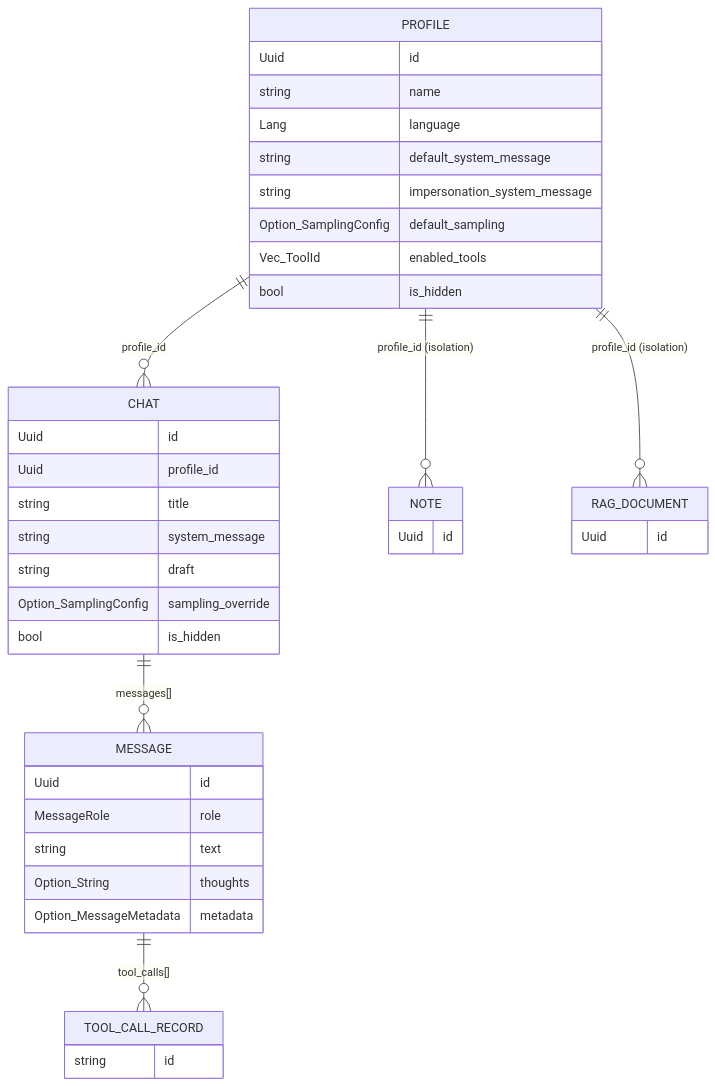
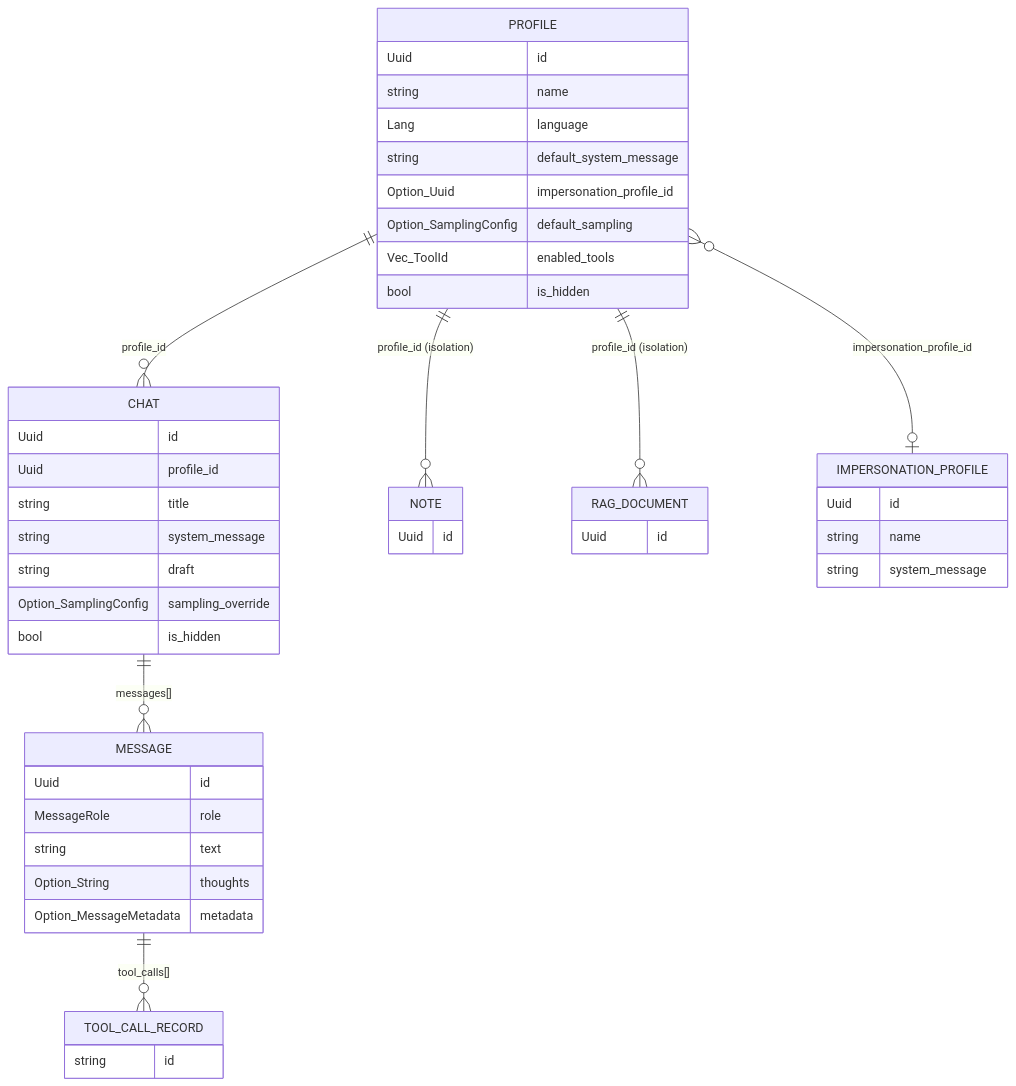
Before and after one commit to vshylov/mindfork-rs: the eighth of 17 diagrams in docs/architecture.md, drawn with Mermaid. The commit also changed other lines of this file and 21 other files, not shown here.

First line of the commit message:
feat(profiles): impersonation profiles + selectable new profile

````diff
--- a/docs/architecture.md
+++ b/docs/architecture.md
@@ -756,38 +758,44 @@
 ```mermaid
 erDiagram
     PROFILE ||--o{ CHAT : "profile_id"
     PROFILE ||--o{ NOTE : "profile_id (isolation)"
     PROFILE ||--o{ RAG_DOCUMENT : "profile_id (isolation)"
+    PROFILE }o--o| IMPERSONATION_PROFILE : "impersonation_profile_id"
     CHAT ||--o{ MESSAGE : "messages[]"
     MESSAGE ||--o{ TOOL_CALL_RECORD : "tool_calls[]"
 
     PROFILE {
         Uuid id
         string name
         Lang language
         string default_system_message
-        string impersonation_system_message
+        Option_Uuid impersonation_profile_id
         Option_SamplingConfig default_sampling
         Vec_ToolId enabled_tools
         bool is_hidden
     }
     CHAT {
         Uuid id
         Uuid profile_id
         string title
         string system_message
         string draft
         Option_SamplingConfig sampling_override
         bool is_hidden
     }
     MESSAGE {
         Uuid id
         MessageRole role
         string text
         Option_String thoughts
         Option_MessageMetadata metadata
     }
     NOTE { Uuid id }
     RAG_DOCUMENT { Uuid id }
     TOOL_CALL_RECORD { string id }
+    IMPERSONATION_PROFILE {
+        Uuid id
+        string name
+        string system_message
+    }
 ```
````
